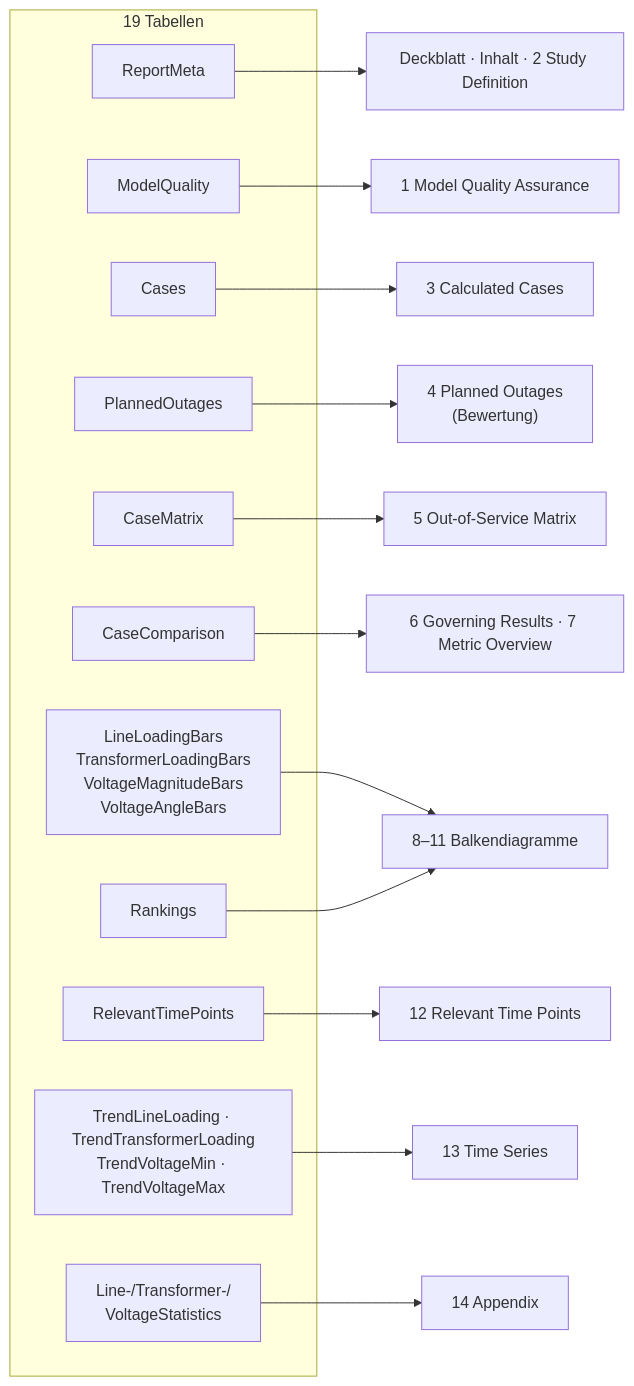
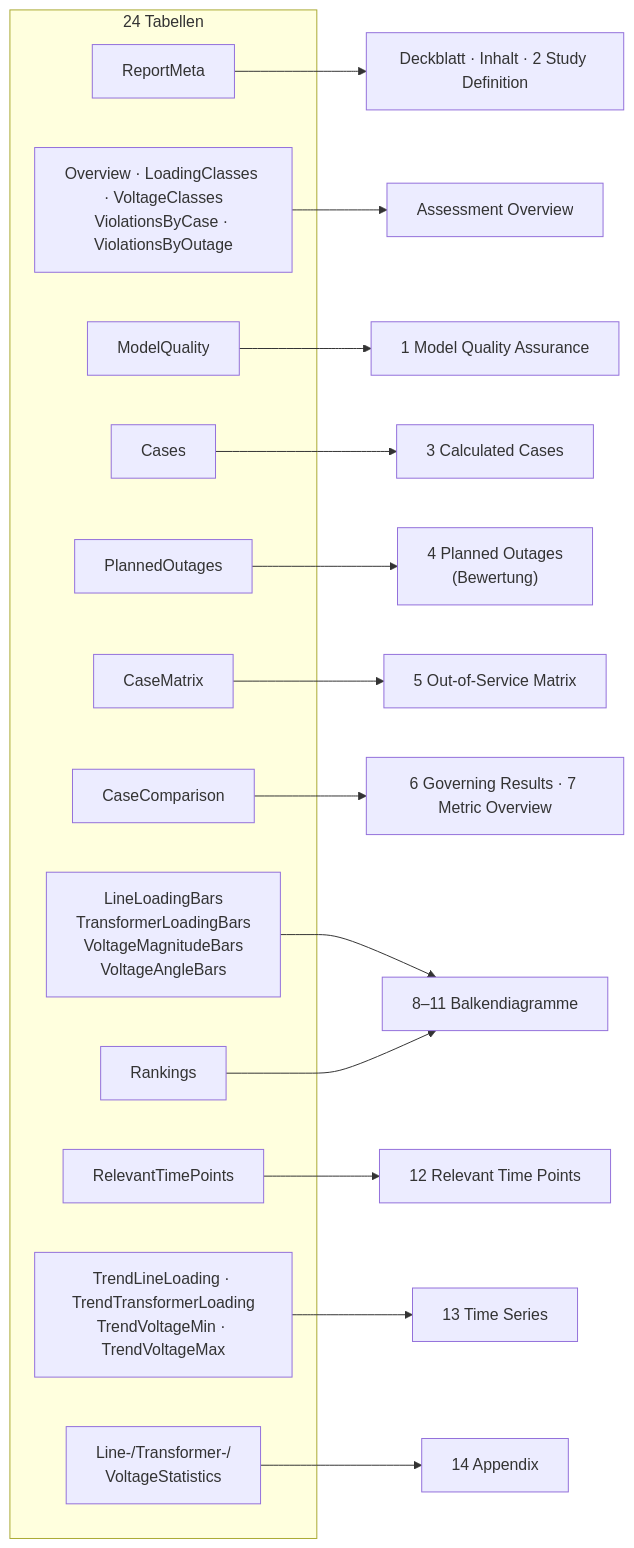
One commit to hadiibrahim-Engin/gridlens-powerfactory changed the seventh of 8 diagrams in BIG_PICTURE.md. Above: the diagram before and after it, drawn with Mermaid. The commit also changed other lines of this file and 7 other files, not shown here.

````diff
--- a/BIG_PICTURE.md
+++ b/BIG_PICTURE.md
@@ -265,28 +265,30 @@
 ```mermaid
 flowchart LR
-    subgraph T["19 Tabellen"]
+    subgraph T["24 Tabellen"]
         M["ReportMeta"]
+        OV["Overview · LoadingClasses · VoltageClasses<br/>ViolationsByCase · ViolationsByOutage"]
         MQ["ModelQuality"]
         C["Cases"]
         PO["PlannedOutages"]
         CM["CaseMatrix"]
         CC["CaseComparison"]
         B["LineLoadingBars<br/>TransformerLoadingBars<br/>VoltageMagnitudeBars<br/>VoltageAngleBars"]
         RK["Rankings"]
         TP["RelevantTimePoints"]
         PL["TrendLineLoading · TrendTransformerLoading<br/>TrendVoltageMin · TrendVoltageMax"]
         ST["Line-/Transformer-/<br/>VoltageStatistics"]
     end
 
     M --> K0["Deckblatt · Inhalt · 2 Study Definition"]
+    OV --> KO["Assessment Overview"]
     MQ --> K1["1 Model Quality Assurance"]
     C --> K3["3 Calculated Cases"]
     PO --> K4["4 Planned Outages<br/>(Bewertung)"]
     CM --> K5["5 Out-of-Service Matrix"]
     CC --> K6["6 Governing Results · 7 Metric Overview"]
     B --> K8["8–11 Balkendiagramme"]
     RK --> K8
     TP --> K12["12 Relevant Time Points"]
     PL --> K13["13 Time Series"]
     ST --> K14["14 Appendix"]
 ```
````
